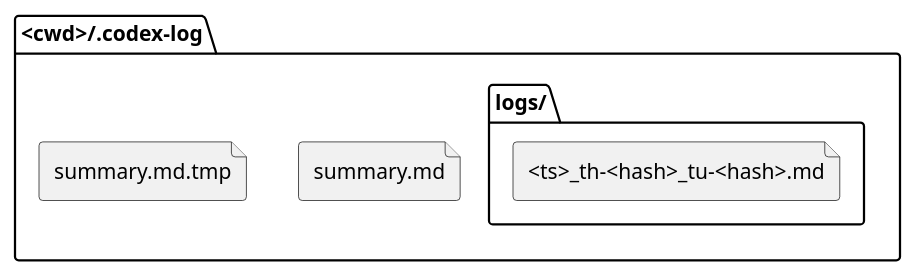
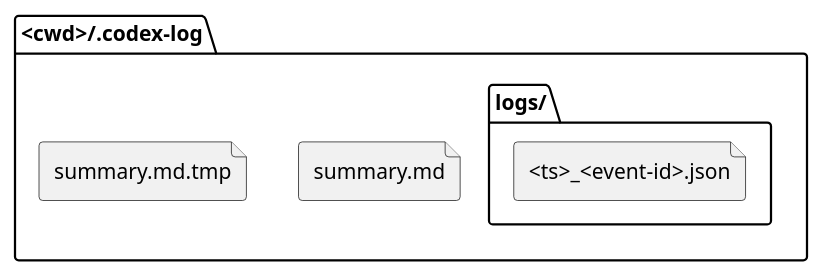
Before and after one commit to chemitaro/codex-agent-logger: the second of 3 diagrams in spec-dock/initiatives/init-local-00001-codex-notify-json-logger/epics/epic-local-00001-local-logging-and-summary/design.md, drawn with PlantUML. The commit also changed other lines of this file and 23 other files, not shown here.

````diff
--- a/spec-dock/initiatives/init-local-00001-codex-notify-json-logger/epics/epic-local-00001-local-logging-and-summary/design.md
+++ b/spec-dock/initiatives/init-local-00001-codex-notify-json-logger/epics/epic-local-00001-local-logging-and-summary/design.md
@@ -84,13 +88,13 @@
 ```plantuml
 @startuml
 skinparam monochrome true
 
 folder "<cwd>/.codex-log" {
   folder "logs/" {
-    file "<ts>_th-<hash>_tu-<hash>.md"
+    file "<ts>_<event-id>.json"
   }
   file "summary.md"
   file "summary.md.tmp"
 }
 @enduml
 ```
````
